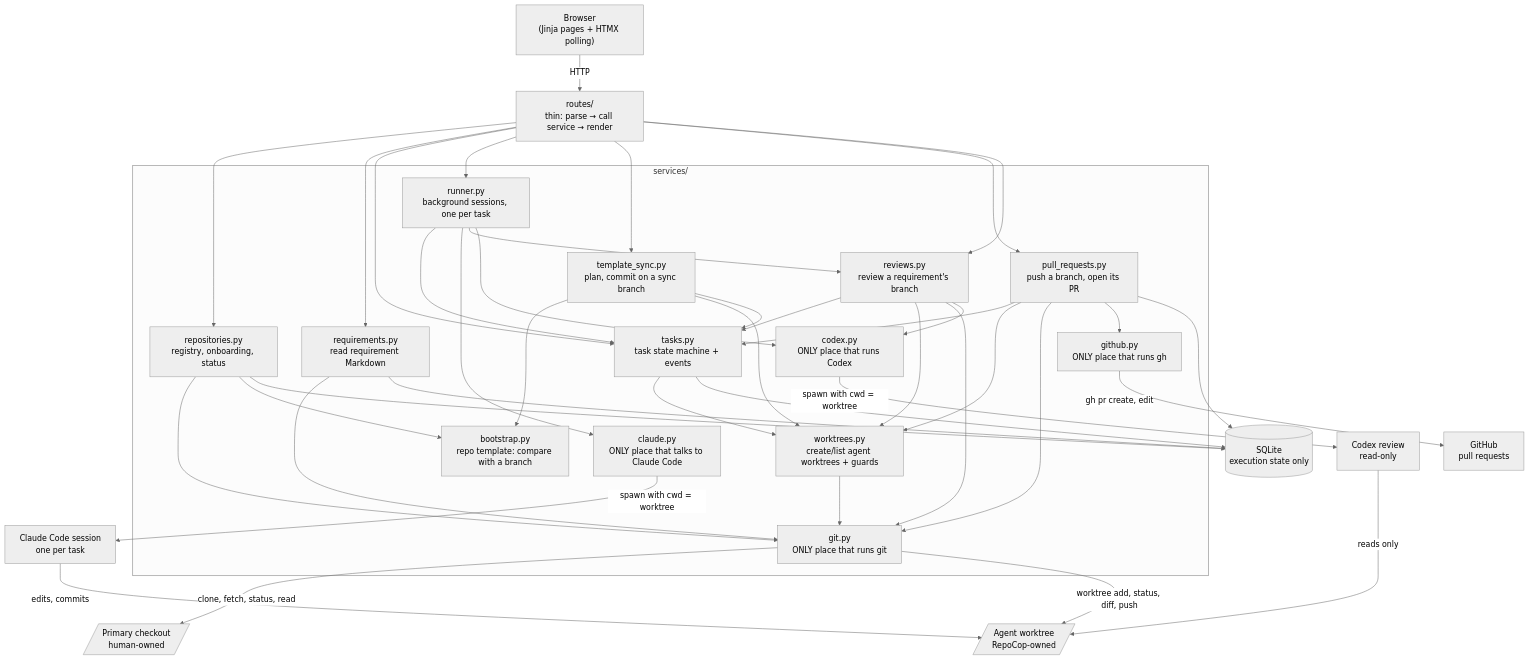
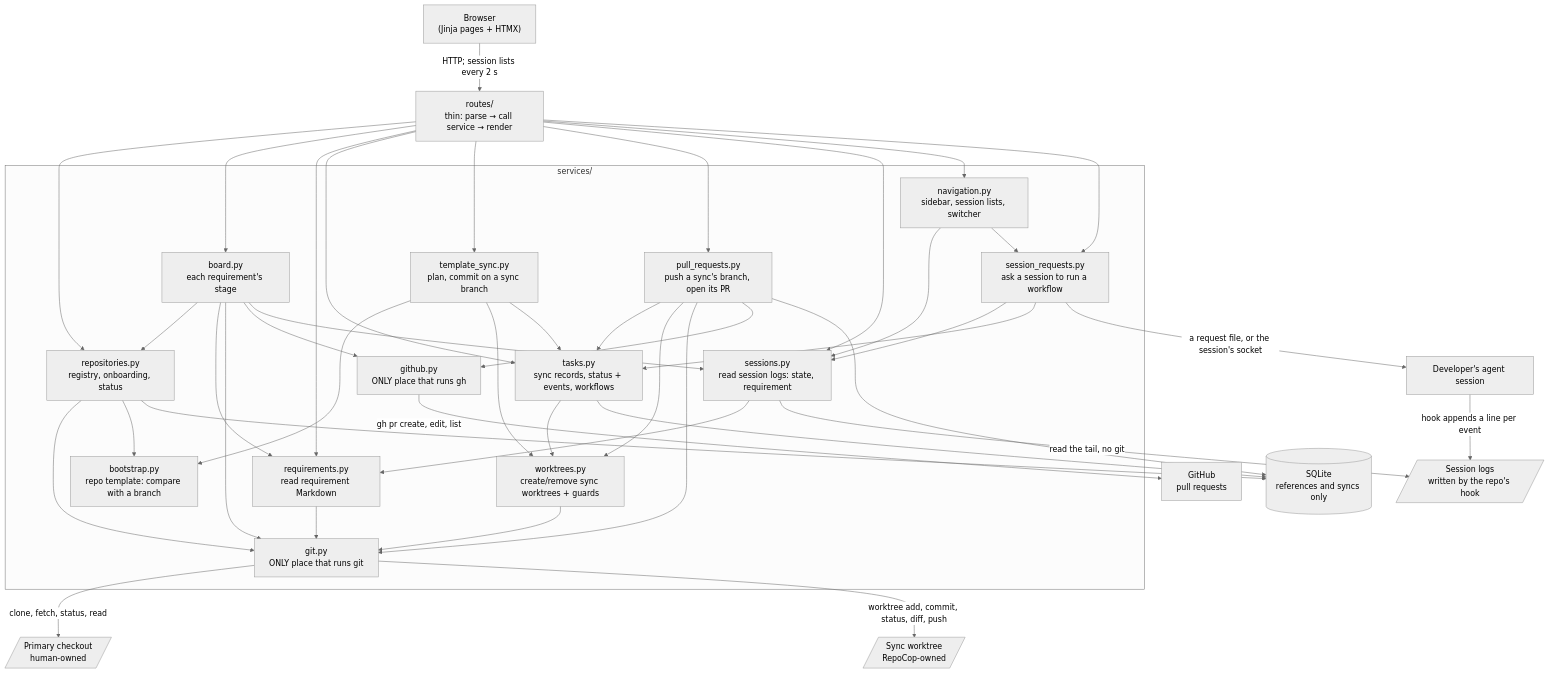
One commit to eliveikis/repocop changed the first of 5 diagrams in specs/architecture.md. Above: the diagram before and after it, drawn with Mermaid (neutral theme). The commit also changed other lines of this file and 140 other files, not shown here.

First line of the commit message:
remove repocop pipeline actions, instead pull status directly from repos, and add support for sending commands to repos (#4)

````diff
--- a/specs/architecture.md
+++ b/specs/architecture.md
@@ -17,48 +19,49 @@
 ```mermaid
 flowchart TD
-    browser["Browser<br/>(Jinja pages + HTMX polling)"]
+    browser["Browser<br/>(Jinja pages + HTMX)"]
     routes["routes/<br/>thin: parse → call service → render"]
 
     subgraph services["services/"]
         repos["repositories.py<br/>registry, onboarding, status"]
+        board["board.py<br/>each requirement's stage"]
         sync["template_sync.py<br/>plan, commit on a sync branch"]
         boot["bootstrap.py<br/>repo template: compare with a branch"]
         reqs["requirements.py<br/>read requirement Markdown"]
-        wts["worktrees.py<br/>create/list agent worktrees + guards"]
+        wts["worktrees.py<br/>create/remove sync worktrees + guards"]
         git["git.py<br/>ONLY place that runs git"]
-        tasksvc["tasks.py<br/>task state machine + events"]
-        runner["runner.py<br/>background sessions, one per task"]
-        claude["claude.py<br/>ONLY place that talks to Claude Code"]
-        prs["pull_requests.py<br/>push a branch, open its PR"]
+        tasksvc["tasks.py<br/>sync records, status + events, workflows"]
+        prs["pull_requests.py<br/>push a sync's branch, open its PR"]
+        sess["sessions.py<br/>read session logs: state, requirement"]
+        asks["session_requests.py<br/>ask a session to run a workflow"]
+        nav["navigation.py<br/>sidebar, session lists, switcher"]
         github["github.py<br/>ONLY place that runs gh"]
-        reviews["reviews.py<br/>review a requirement's branch"]
-        codex["codex.py<br/>ONLY place that runs Codex"]
     end
 
-    db[("SQLite<br/>execution state only")]
+    db[("SQLite<br/>references and syncs only")]
     primary[/"Primary checkout<br/>human-owned"/]
-    worktree[/"Agent worktree<br/>RepoCop-owned"/]
-    cc["Claude Code session<br/>one per task"]
-    cx["Codex review<br/>read-only"]
+    worktree[/"Sync worktree<br/>RepoCop-owned"/]
     hub["GitHub<br/>pull requests"]
+    logs[/"Session logs<br/>written by the repo's hook"/]
+    agent["Developer's agent session"]
 
-    browser -->|HTTP| routes
-    routes --> repos & reqs & tasksvc & runner & sync & prs & reviews
-    reviews --> tasksvc & wts & git & codex
+    browser -->|"HTTP; session lists every 2 s"| routes
+    routes --> repos & board & reqs & tasksvc & sync & prs & sess & nav & asks
+    board --> repos & reqs & git & github & sess
+    nav --> sess & asks
+    sess --> reqs
+    asks --> sess & tasksvc
+    asks -->|"a request file, or the session's socket"| agent
+    sess -->|"read the tail, no git"| logs
+    agent -->|"hook appends a line per event"| logs
     prs --> tasksvc & wts & git & github
     sync --> boot & wts & tasksvc
     tasksvc --> wts
-    runner --> tasksvc & claude & reviews & codex
     repos --> git
     repos --> boot
     reqs --> git
     wts --> git
-    repos & reqs & tasksvc & prs --> db
+    repos & tasksvc & prs --> db
     git -->|"clone, fetch, status, read"| primary
-    git -->|"worktree add, status, diff, push"| worktree
-    github -->|"gh pr create, edit"| hub
-    claude -->|"spawn with cwd = worktree"| cc
-    cc -->|"edits, commits"| worktree
-    codex -->|"spawn with cwd = worktree"| cx
-    cx -->|"reads only"| worktree
+    git -->|"worktree add, commit, status, diff, push"| worktree
+    github -->|"gh pr create, edit, list"| hub
 ```
````
